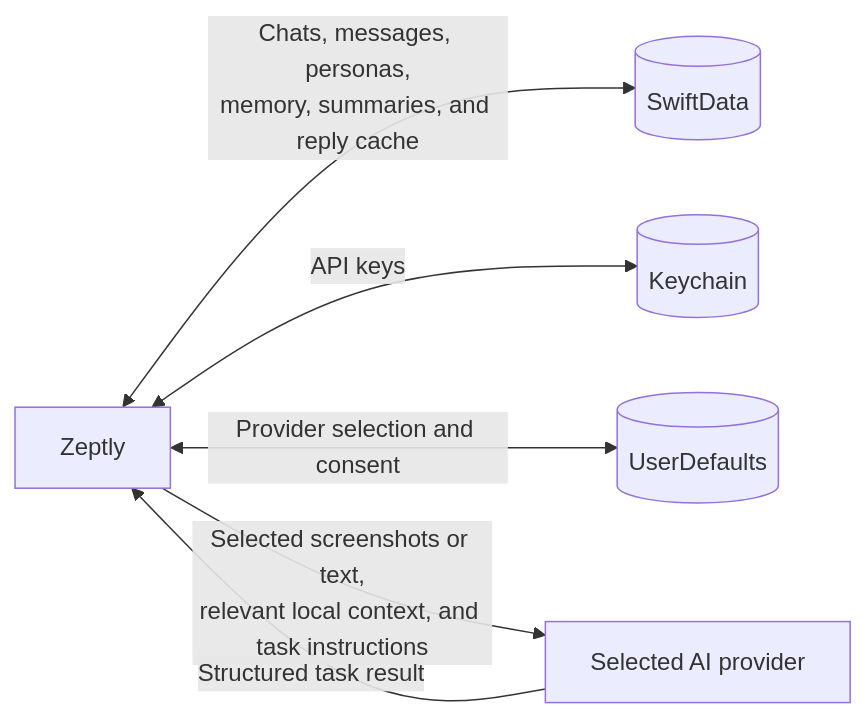
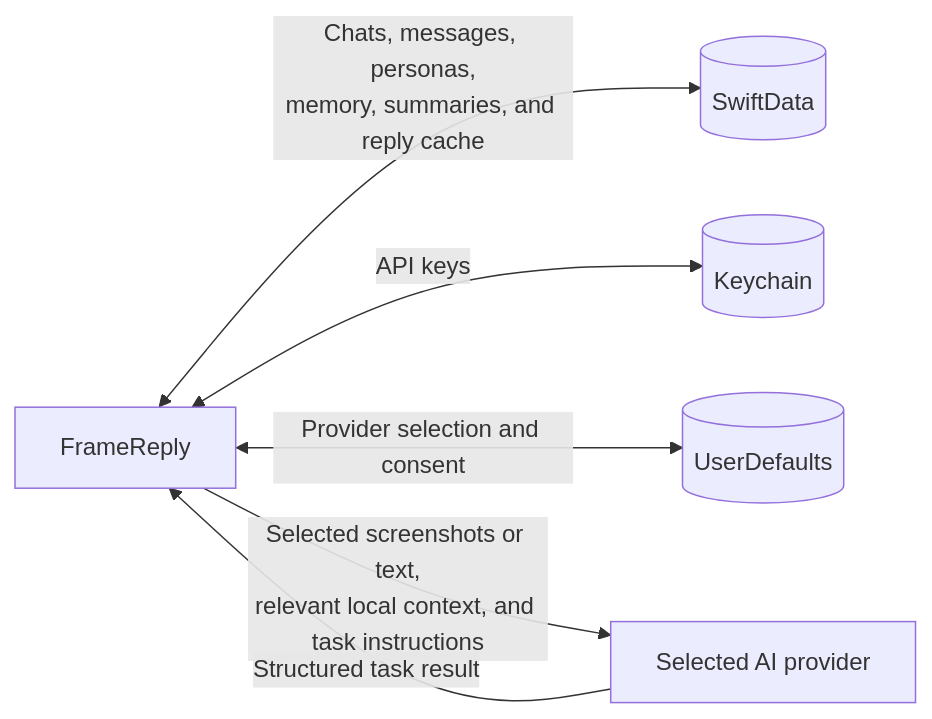
Before and after one commit to fanjin-z/framereply: the second of 3 diagrams in docs/architecture.md, drawn with Mermaid. The commit also changed other lines of this file and 244 other files, not shown here.

Commit message:
Rename Zeptly to FrameReply

````diff
--- a/docs/architecture.md
+++ b/docs/architecture.md
@@ -40,14 +40,14 @@
 ```mermaid
 flowchart LR
-    App[Zeptly]
+    App[FrameReply]
     SwiftData[(SwiftData)]
     Keychain[(Keychain)]
     Defaults[(UserDefaults)]
     Provider[Selected AI provider]
 
     App <-->|Chats, messages, personas,<br/>memory, summaries, and reply cache| SwiftData
     App <-->|API keys| Keychain
     App <-->|Provider selection and consent| Defaults
     App -->|Selected screenshots or text,<br/>relevant local context, and task instructions| Provider
     Provider -->|Structured task result| App
 ```
````
